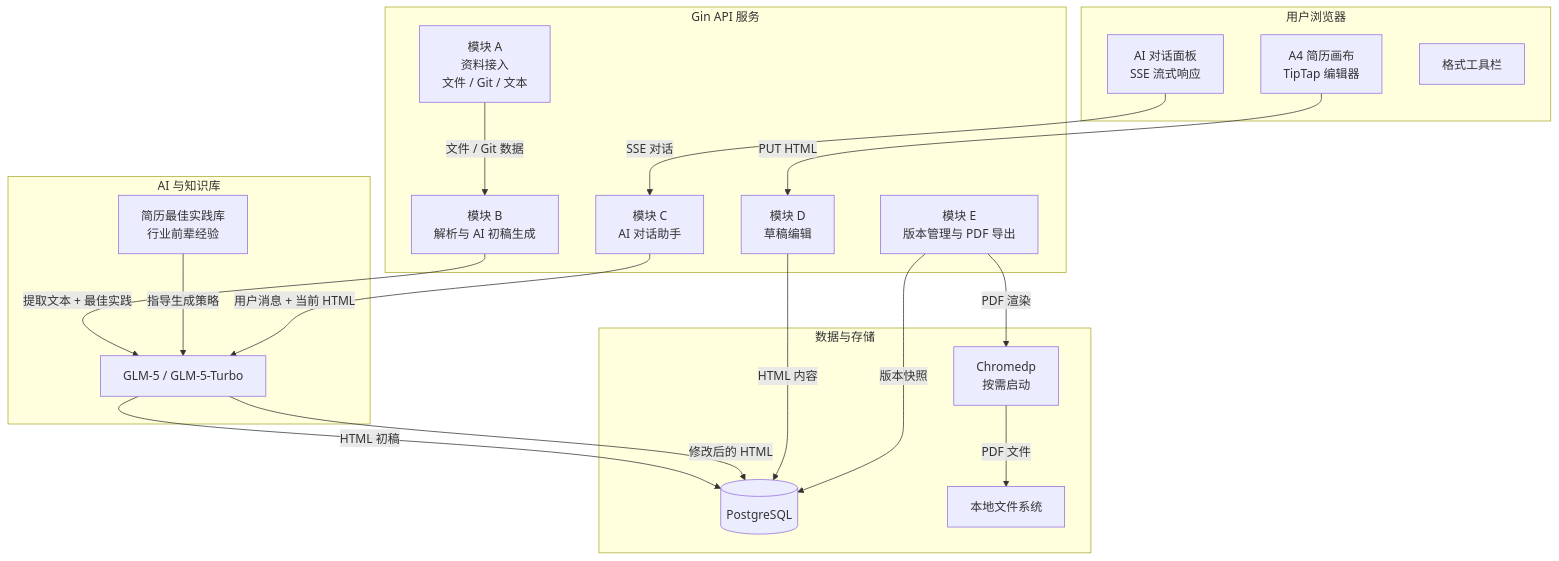
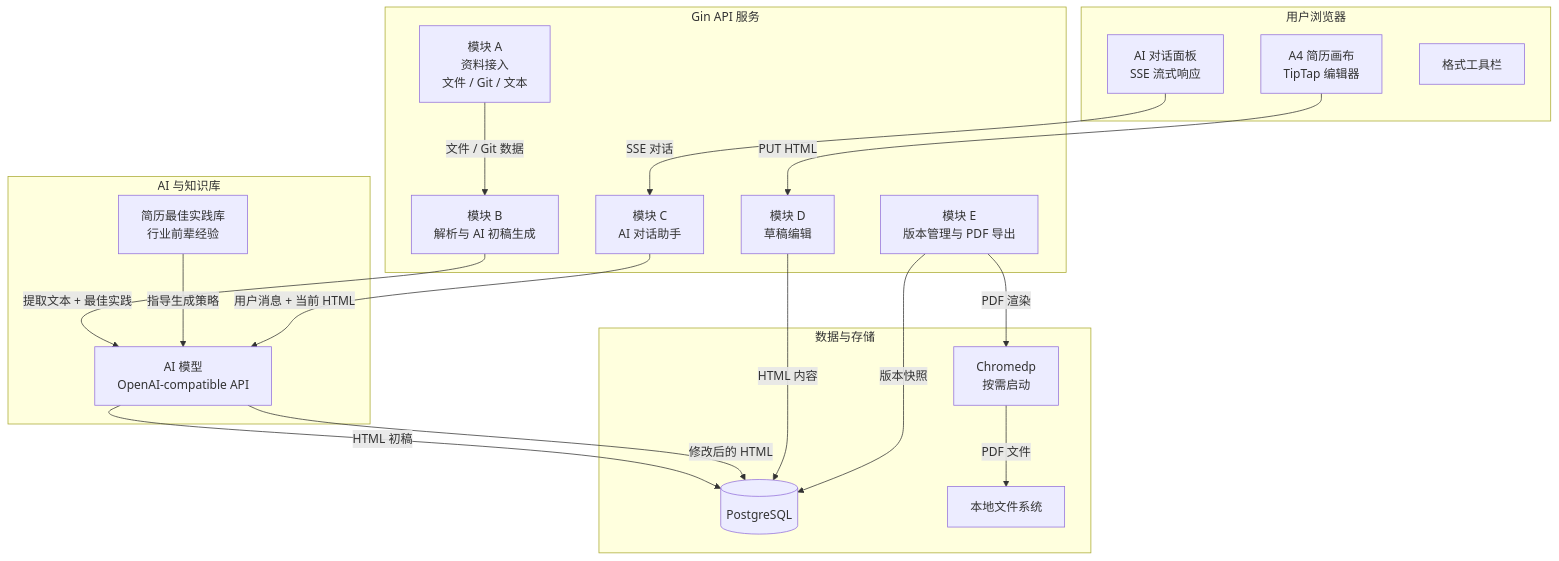
The second of 4 diagrams in README.md (MEO-wj/ResumeGenius), drawn with Mermaid before and after one commit. The commit also changed other lines of this file and 11 other files, not shown here.

````diff
--- a/README.md
+++ b/README.md
@@ -100,40 +100,40 @@
 ```mermaid
 graph TB
     subgraph 用户浏览器
         A4[A4 简历画布<br/>TipTap 编辑器]
         AI[AI 对话面板<br/>SSE 流式响应]
         Toolbar[格式工具栏]
     end
 
     subgraph Gin API 服务
         MA[模块 A<br/>资料接入<br/>文件 / Git / 文本]
         MB[模块 B<br/>解析与 AI 初稿生成]
         MC[模块 C<br/>AI 对话助手]
         MD[模块 D<br/>草稿编辑]
         ME[模块 E<br/>版本管理与 PDF 导出]
     end
 
     subgraph 数据与存储
         PG[(PostgreSQL)]
         FS[本地文件系统]
         Chrome[Chromedp<br/>按需启动]
     end
 
     subgraph AI 与知识库
-        LLM[GLM-5 / GLM-5-Turbo]
+        LLM[AI 模型<br/>OpenAI-compatible API]
         KB[简历最佳实践库<br/>行业前辈经验]
     end
 
     MA -->|文件 / Git 数据| MB
     MB -->|提取文本 + 最佳实践| LLM
     KB -->|指导生成策略| LLM
     LLM -->|HTML 初稿| PG
     MC -->|用户消息 + 当前 HTML| LLM
     LLM -->|修改后的 HTML| PG
     MD -->|HTML 内容| PG
     ME -->|版本快照| PG
     ME -->|PDF 渲染| Chrome
     Chrome -->|PDF 文件| FS
     A4 -->|PUT HTML| MD
     AI -->|SSE 对话| MC
 ```
````
